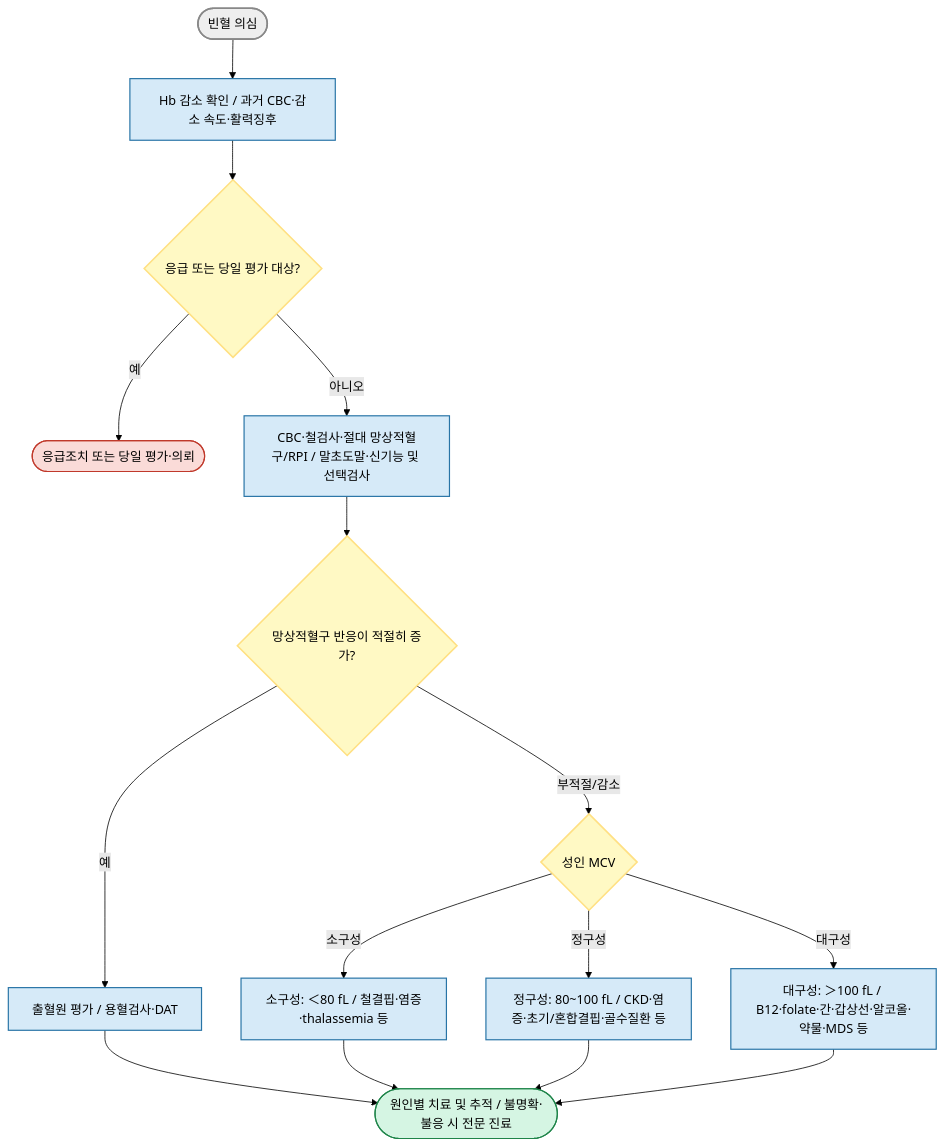
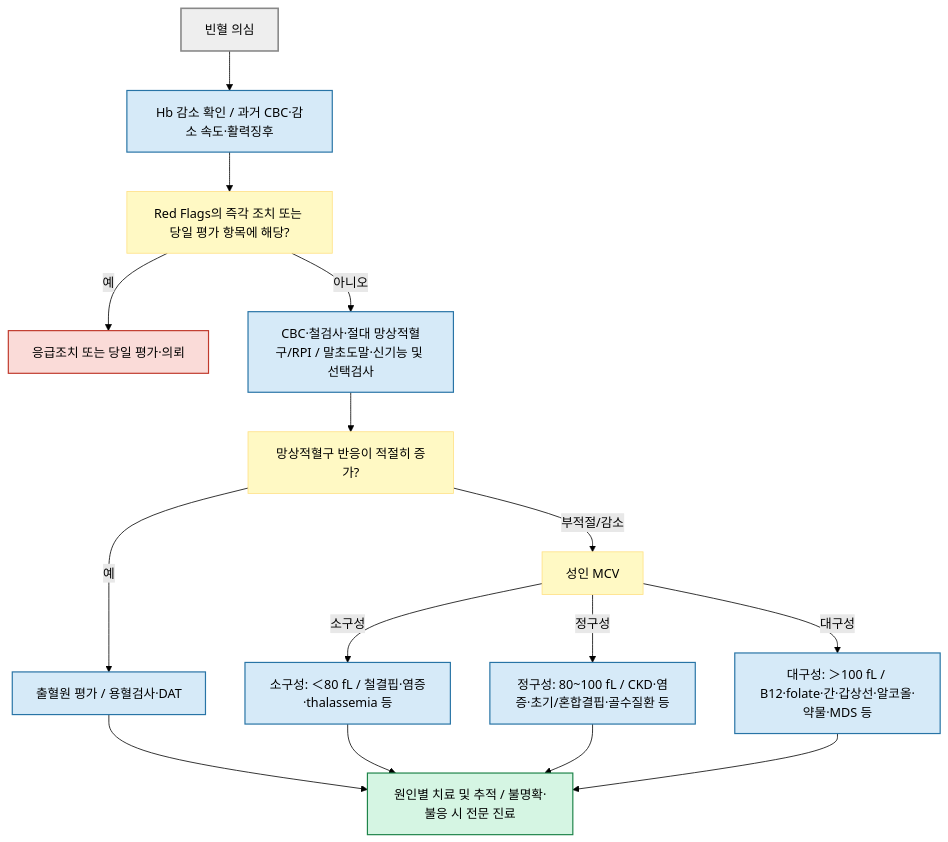
Before and after one commit to familyoh77/familyoh77: the diagram in 230_/192_-anemia.md, drawn with Mermaid (forest theme). The commit also changed other lines of this file and 16 other files, not shown here.

````diff
--- a/230_/192_-anemia.md
+++ b/230_/192_-anemia.md
@@ -155,33 +152,33 @@
 ```mermaid
 flowchart TB
-    S(["빈혈 의심"])
+    S["빈혈 의심"]
     C["Hb 감소 확인 / 과거 CBC·감소 속도·활력징후"]
-    R{"응급 또는 당일 평가 대상?"}
-    E(["응급조치 또는 당일 평가·의뢰"])
+    R["Red Flags의 즉각 조치 또는 당일 평가 항목에 해당?"]
+    E["응급조치 또는 당일 평가·의뢰"]
     T["CBC·철검사·절대 망상적혈구/RPI / 말초도말·신기능 및 선택검사"]
-    H{"망상적혈구 반응이 적절히 증가?"}
+    H["망상적혈구 반응이 적절히 증가?"]
     L["출혈원 평가 / 용혈검사·DAT"]
-    M{"성인 MCV"}
+    M["성인 MCV"]
     Mi["소구성: ＜80 fL / 철결핍·염증·thalassemia 등"]
     N["정구성: 80~100 fL / CKD·염증·초기/혼합결핍·골수질환 등"]
     Ma["대구성: ＞100 fL / B12·folate·간·갑상선·알코올·약물·MDS 등"]
-    F(["원인별 치료 및 추적 / 불명확·불응 시 전문 진료"])
+    F["원인별 치료 및 추적 / 불명확·불응 시 전문 진료"]
     S --> C --> R
-    R -- 예 --> E
-    R -- 아니오 --> T --> H
-    H -- 예 --> L --> F
-    H -- 부적절/감소 --> M
-    M -- 소구성 --> Mi --> F
-    M -- 정구성 --> N --> F
-    M -- 대구성 --> Ma --> F
+    R -- "예" --> E
+    R -- "아니오" --> T --> H
+    H -- "예" --> L --> F
+    H -- "부적절/감소" --> M
+    M -- "소구성" --> Mi --> F
+    M -- "정구성" --> N --> F
+    M -- "대구성" --> Ma --> F
     classDef start fill:#eeeeee,stroke:#888888,stroke-width:2px;
-    classDef decision fill:#fff9c4,stroke:#ffe082,color:#000,stroke-width:2px;
+    classDef question fill:#fff9c4,stroke:#ffe082,color:#000;
     classDef urgent fill:#fadbd8,stroke:#c0392b,color:#000,stroke-width:1.5px;
     classDef action fill:#d6eaf8,stroke:#2874a6,color:#000,stroke-width:1.5px;
     classDef endpoint fill:#d5f5e3,stroke:#1e8449,color:#000,stroke-width:1.5px;
     class S start;
-    class R,H,M decision;
+    class R,H,M question;
     class E urgent;
     class C,T,L,Mi,N,Ma action;
     class F endpoint;
 ```
````
